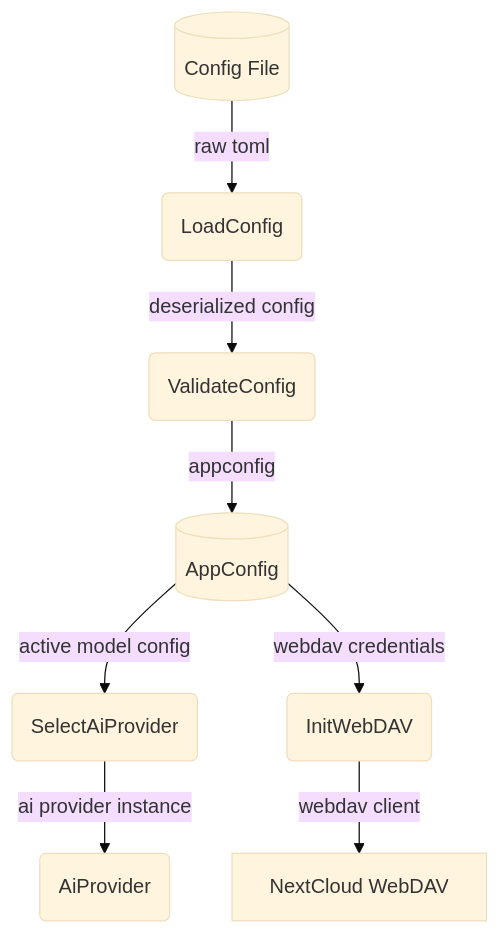
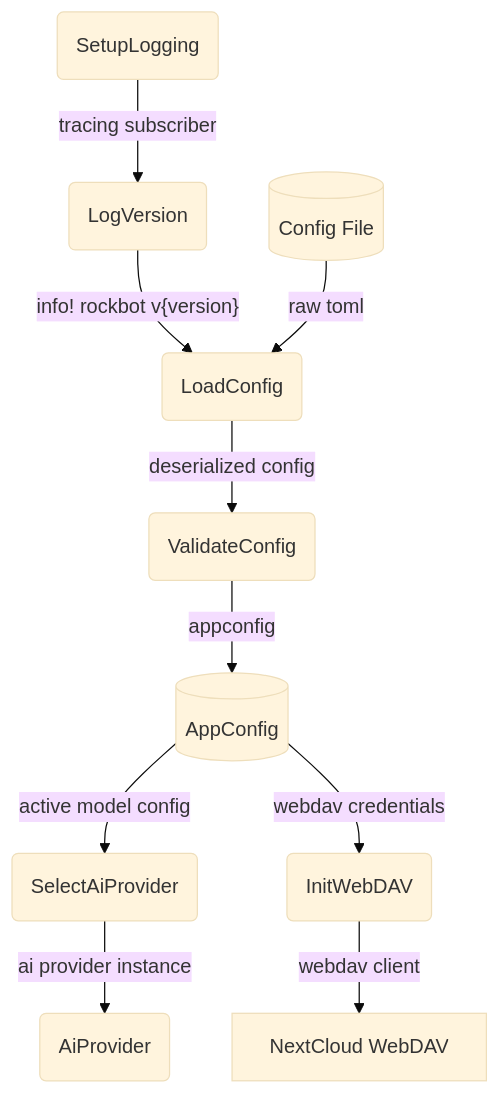
One commit to cosmoswafer/rockbot changed the first of 3 diagrams in _dfd/agent/boot-sequence.md. Above: the diagram before and after it, drawn with Mermaid (base theme). The commit also changed other lines of this file and 2 other files, not shown here.

First line of the commit message:
feat: log version on startup at INFO level (closes #65)

````diff
--- a/_dfd/agent/boot-sequence.md
+++ b/_dfd/agent/boot-sequence.md
@@ -21,19 +22,23 @@
 ```mermaid
 flowchart TD
+    LOG_SETUP(SetupLogging)
+    VER_LOG(LogVersion)
     TOML[(Config File)]
     CFG(LoadConfig)
     VALIDATE(ValidateConfig)
     CFG_STORE[(AppConfig)]
     SELECT_PROV(SelectAiProvider)
     DAV_INIT(InitWebDAV)
     DAV[NextCloud WebDAV]
     PROV(AiProvider)
 
+    LOG_SETUP -->|"tracing subscriber"| VER_LOG
+    VER_LOG -->|"info! rockbot v{version}"| CFG
     TOML -->|"raw toml"| CFG
     CFG -->|"deserialized config"| VALIDATE
     VALIDATE -->|"appconfig"| CFG_STORE
     CFG_STORE -->|"active model config"| SELECT_PROV
     SELECT_PROV -->|"ai provider instance"| PROV
     CFG_STORE -->|"webdav credentials"| DAV_INIT
     DAV_INIT -->|"webdav client"| DAV
 ```
````
